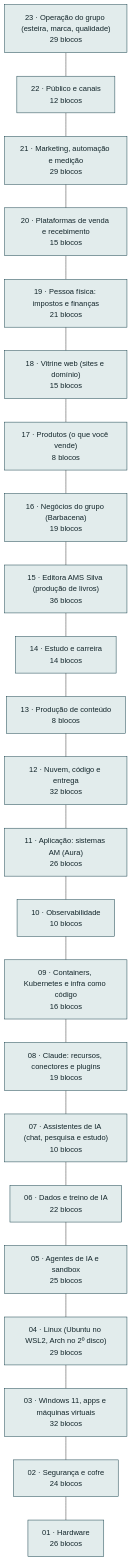
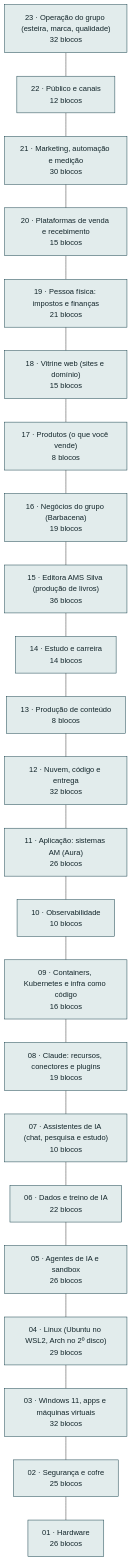
Before and after one commit to AlanMateus17/dev-setup: the diagram in docs/arquitetura.md, drawn with Mermaid. The commit also changed other lines of this file and 52 other files, not shown here.

````diff
--- a/docs/arquitetura.md
+++ b/docs/arquitetura.md
@@ -10,50 +10,50 @@
 ```mermaid
 flowchart TB
-  L_oper["23 · Operação do grupo (esteira, marca, qualidade)<br/>29 blocos"]
+  L_oper["23 · Operação do grupo (esteira, marca, qualidade)<br/>32 blocos"]
   L_pub["22 · Público e canais<br/>12 blocos"]
-  L_mkt["21 · Marketing, automação e medição<br/>29 blocos"]
+  L_mkt["21 · Marketing, automação e medição<br/>30 blocos"]
   L_venda["20 · Plataformas de venda e recebimento<br/>15 blocos"]
   L_emp["19 · Pessoa física: impostos e finanças<br/>21 blocos"]
   L_web["18 · Vitrine web (sites e domínio)<br/>15 blocos"]
   L_prod["17 · Produtos (o que você vende)<br/>8 blocos"]
   L_neg["16 · Negócios do grupo (Barbacena)<br/>19 blocos"]
   L_editora["15 · Editora AMS Silva (produção de livros)<br/>36 blocos"]
   L_est["14 · Estudo e carreira<br/>14 blocos"]
   L_cont["13 · Produção de conteúdo<br/>8 blocos"]
   L_nuvem["12 · Nuvem, código e entrega<br/>32 blocos"]
   L_app["11 · Aplicação: sistemas AM (Aura)<br/>26 blocos"]
   L_obs["10 · Observabilidade<br/>10 blocos"]
   L_cnt["09 · Containers, Kubernetes e infra como código<br/>16 blocos"]
   L_clc["08 · Claude: recursos, conectores e plugins<br/>19 blocos"]
   L_chat["07 · Assistentes de IA (chat, pesquisa e estudo)<br/>10 blocos"]
   L_dados["06 · Dados e treino de IA<br/>22 blocos"]
-  L_ia["05 · Agentes de IA e sandbox<br/>25 blocos"]
+  L_ia["05 · Agentes de IA e sandbox<br/>26 blocos"]
   L_lin["04 · Linux (Ubuntu no WSL2, Arch no 2º disco)<br/>29 blocos"]
   L_win["03 · Windows 11, apps e máquinas virtuais<br/>32 blocos"]
-  L_seg["02 · Segurança e cofre<br/>24 blocos"]
+  L_seg["02 · Segurança e cofre<br/>25 blocos"]
   L_hw["01 · Hardware<br/>26 blocos"]
   L_oper --- L_pub
   L_pub --- L_mkt
   L_mkt --- L_venda
   L_venda --- L_emp
   L_emp --- L_web
   L_web --- L_prod
   L_prod --- L_neg
   L_neg --- L_editora
   L_editora --- L_est
   L_est --- L_cont
   L_cont --- L_nuvem
   L_nuvem --- L_app
   L_app --- L_obs
   L_obs --- L_cnt
   L_cnt --- L_clc
   L_clc --- L_chat
   L_chat --- L_dados
   L_dados --- L_ia
   L_ia --- L_lin
   L_lin --- L_win
   L_win --- L_seg
   L_seg --- L_hw
   classDef cam fill:#e2ecec,stroke:#0e3a45,color:#13262b
   class L_oper,L_pub,L_mkt,L_venda,L_emp,L_web,L_prod,L_neg,L_editora,L_est,L_cont,L_nuvem,L_app,L_obs,L_cnt,L_clc,L_chat,L_dados,L_ia,L_lin,L_win,L_seg,L_hw cam
 ```
````
